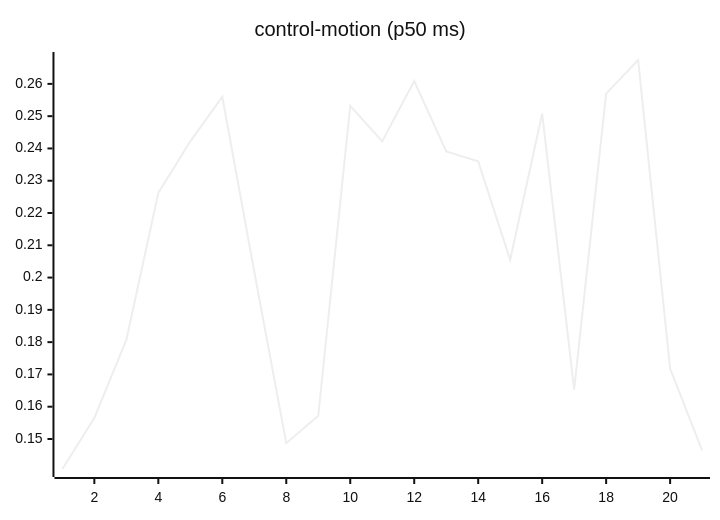
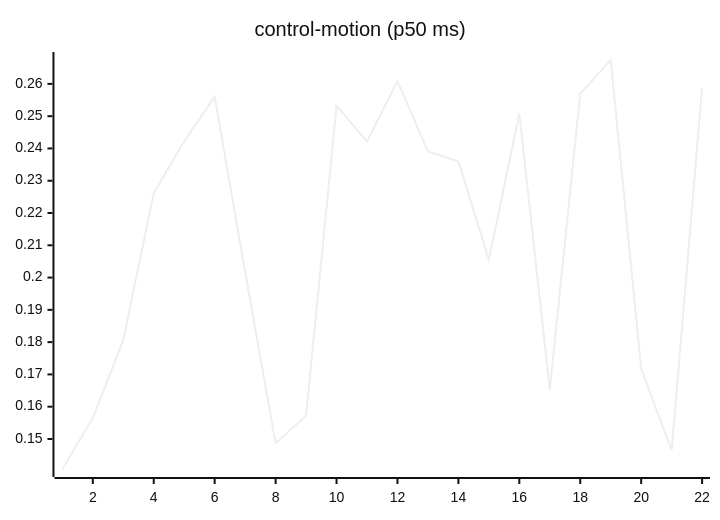
The seventh of 27 diagrams in README.md (josha/Facet), drawn with Mermaid (neutral theme) before and after one commit. The commit also changed other lines of this file and 2 other files, not shown here.

````diff
--- a/README.md
+++ b/README.md
@@ -105,6 +105,6 @@
 ```mermaid
 xychart-beta
     title "control-motion (p50 ms)"
-    x-axis 1 --> 21
-    line [0.1407, 0.1565, 0.1807, 0.2262, 0.2422, 0.2560, 0.2018, 0.1487, 0.1572, 0.2532, 0.2422, 0.2609, 0.2391, 0.2360, 0.2055, 0.2508, 0.1653, 0.2570, 0.2674, 0.1718, 0.1465]
+    x-axis 1 --> 22
+    line [0.1407, 0.1565, 0.1807, 0.2262, 0.2422, 0.2560, 0.2018, 0.1487, 0.1572, 0.2532, 0.2422, 0.2609, 0.2391, 0.2360, 0.2055, 0.2508, 0.1653, 0.2570, 0.2674, 0.1718, 0.1465, 0.2588]
 ```
````
